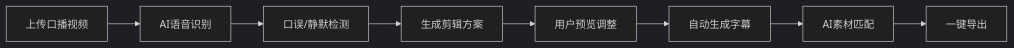
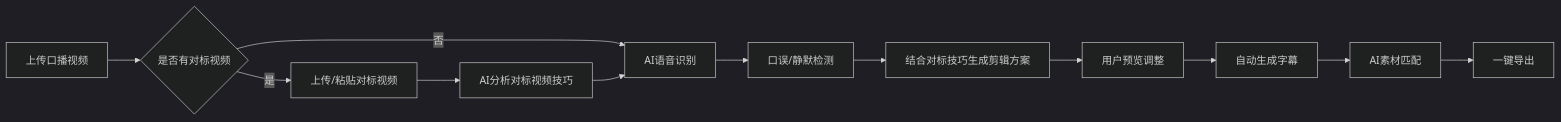
Before and after one commit to djndk391-ux/superpowers: the diagram in .trae/documents/prd.md, drawn with Mermaid (dark theme). The commit also changed other lines of this file and 6 other files, not shown here.

````diff
--- a/.trae/documents/prd.md
+++ b/.trae/documents/prd.md
@@ -34,10 +40,14 @@
 ```mermaid
 flowchart LR
-    A[上传口播视频] --> B[AI语音识别]
-    B --> C[口误/静默检测]
-    C --> D[生成剪辑方案]
-    D --> E[用户预览调整]
-    E --> F[自动生成字幕]
-    F --> G[AI素材匹配]
-    G --> H[一键导出]
+    A[上传口播视频] --> B{是否有对标视频}
+    B -->|是| C[上传/粘贴对标视频]
+    B -->|否| E
+    C --> D[AI分析对标视频技巧]
+    D --> E[AI语音识别]
+    E --> F[口误/静默检测]
+    F --> G[结合对标技巧生成剪辑方案]
+    G --> H[用户预览调整]
+    H --> I[自动生成字幕]
+    I --> J[AI素材匹配]
+    J --> K[一键导出]
 ```
````
